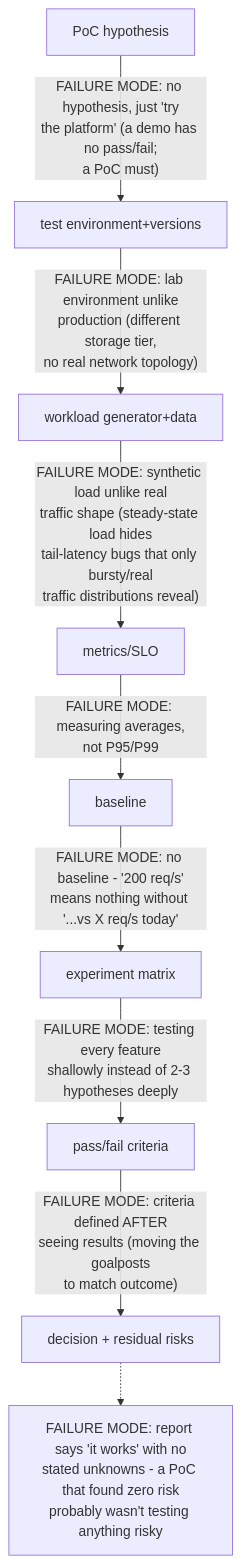
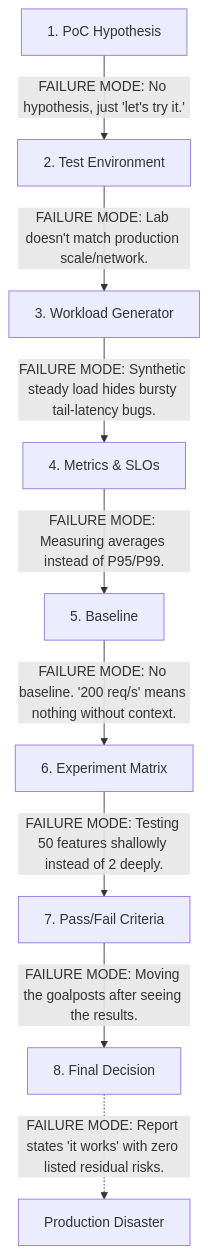
One commit to jithinpnjm/nvidia-devops changed the diagram in docs/volume-08/02-capacity-tco-masterclass.md. Above: the diagram before and after it, drawn with Mermaid. The commit also changed other lines of this file and 3 other files, not shown here.

````diff
--- a/docs/volume-08/02-capacity-tco-masterclass.md
+++ b/docs/volume-08/02-capacity-tco-masterclass.md
@@ -19,11 +61,11 @@
 ```mermaid
 flowchart TD
-    A["PoC hypothesis"] -->|"FAILURE MODE: no hypothesis, just 'try\nthe platform' (a demo has no pass/fail;\na PoC must)"| B["test environment+versions"]
-    B -->|"FAILURE MODE: lab environment unlike\nproduction (different storage tier,\nno real network topology)"| C["workload generator+data"]
-    C -->|"FAILURE MODE: synthetic load unlike real\ntraffic shape (steady-state load hides\ntail-latency bugs that only bursty/real\ntraffic distributions reveal)"| D["metrics/SLO"]
-    D -->|"FAILURE MODE: measuring averages,\nnot P95/P99"| E["baseline"]
-    E -->|"FAILURE MODE: no baseline - '200 req/s'\nmeans nothing without '...vs X req/s today'"| F["experiment matrix"]
-    F -->|"FAILURE MODE: testing every feature\nshallowly instead of 2-3 hypotheses deeply"| G["pass/fail criteria"]
-    G -->|"FAILURE MODE: criteria defined AFTER\nseeing results (moving the goalposts\nto match outcome)"| H["decision + residual risks"]
-    H -.-> I["FAILURE MODE: report says 'it works' with no\nstated unknowns - a PoC that found zero risk\nprobably wasn't testing anything risky"]
+    A["1. PoC Hypothesis"] -->|FAILURE MODE: No hypothesis, just 'let's try it.'| B["2. Test Environment"]
+    B -->|FAILURE MODE: Lab doesn't match production scale/network.| C["3. Workload Generator"]
+    C -->|FAILURE MODE: Synthetic steady load hides bursty tail-latency bugs.| D["4. Metrics & SLOs"]
+    D -->|FAILURE MODE: Measuring averages instead of P95/P99.| E["5. Baseline"]
+    E -->|FAILURE MODE: No baseline. '200 req/s' means nothing without context.| F["6. Experiment Matrix"]
+    F -->|FAILURE MODE: Testing 50 features shallowly instead of 2 deeply.| G["7. Pass/Fail Criteria"]
+    G -->|FAILURE MODE: Moving the goalposts after seeing the results.| H["8. Final Decision"]
+    H -.->|FAILURE MODE: Report states 'it works' with zero listed residual risks.| I["Production Disaster"]
 ```
````
